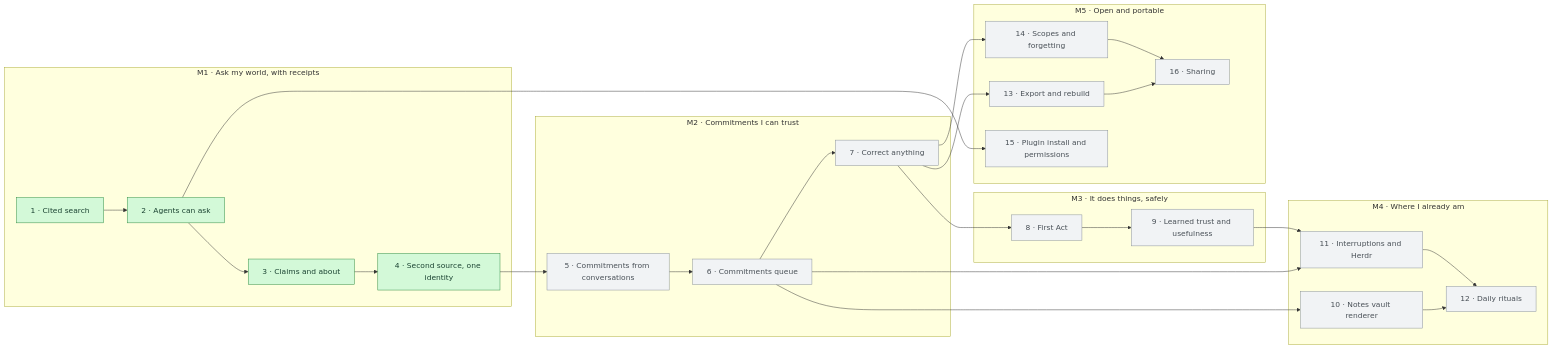
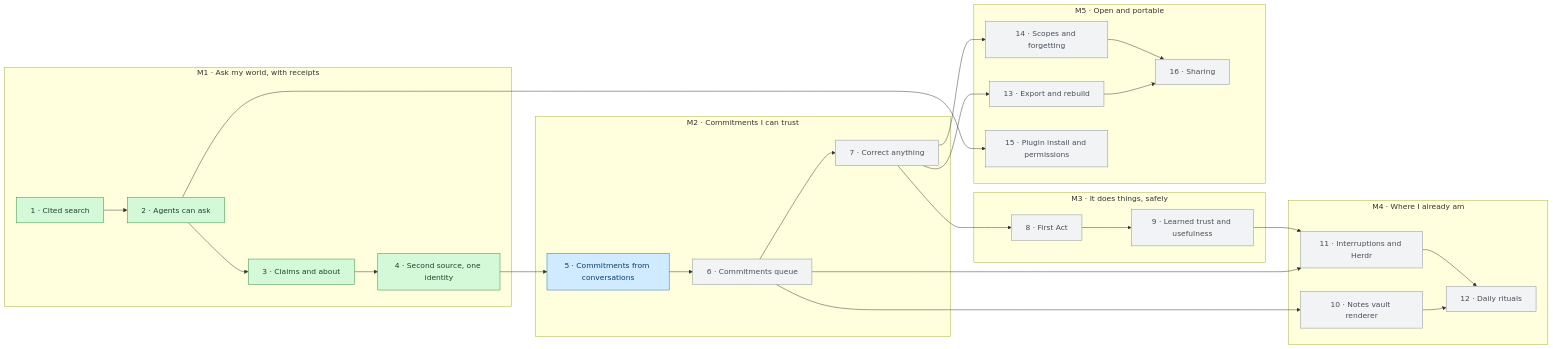
Before and after one commit to FBisca/rastro-ai: the diagram in README.md, drawn with Mermaid. The commit also changed 2 other files, not shown here.

Commit message:
docs(roadmap): retro, slice 5 from meetings, switch day, about labels
Slice 5 reads Teams meetings through a private deterministic connector and a separate commitments extractor; it is now planning. Each slice names its switch day. Parking lot gains comment commitments, Slack and mail, a structured companion contract and agentic connectors. Knowledge §69 adds cited entity labels to about and why.

````diff
--- a/README.md
+++ b/README.md
@@ -46,48 +46,49 @@
 ```mermaid
 flowchart LR
   subgraph M1["M1 · Ask my world, with receipts"]
     s1["1 · Cited search"]
     s2["2 · Agents can ask"]
     s3["3 · Claims and about"]
     s4["4 · Second source, one identity"]
   end
   subgraph M2["M2 · Commitments I can trust"]
     s5["5 · Commitments from conversations"]
     s6["6 · Commitments queue"]
     s7["7 · Correct anything"]
   end
   subgraph M3["M3 · It does things, safely"]
     s8["8 · First Act"]
     s9["9 · Learned trust and usefulness"]
   end
   subgraph M4["M4 · Where I already am"]
     s10["10 · Notes vault renderer"]
     s11["11 · Interruptions and Herdr"]
     s12["12 · Daily rituals"]
   end
   subgraph M5["M5 · Open and portable"]
     s13["13 · Export and rebuild"]
     s14["14 · Scopes and forgetting"]
     s15["15 · Plugin install and permissions"]
     s16["16 · Sharing"]
   end
 
   s1 --> s2 --> s3 --> s4 --> s5 --> s6 --> s7 --> s8 --> s9
   s6 --> s10
   s6 --> s11
   s9 --> s11
   s10 --> s12
   s11 --> s12
   s7 --> s13
   s7 --> s14
   s13 --> s16
   s14 --> s16
   s2 --> s15
 
   classDef done fill:#d3f9d8,stroke:#2b8a3e,color:#1b4332
   classDef doing fill:#fff3bf,stroke:#e67700,color:#5c3d00
   classDef planning fill:#d0ebff,stroke:#1971c2,color:#0b3d6e
   classDef todo fill:#f1f3f5,stroke:#868e96,color:#495057
   class s1,s2,s3,s4 done
-  class s5,s6,s7,s8,s9,s10,s11,s12,s13,s14,s15,s16 todo
+  class s5 planning
+  class s6,s7,s8,s9,s10,s11,s12,s13,s14,s15,s16 todo
 ```
````
